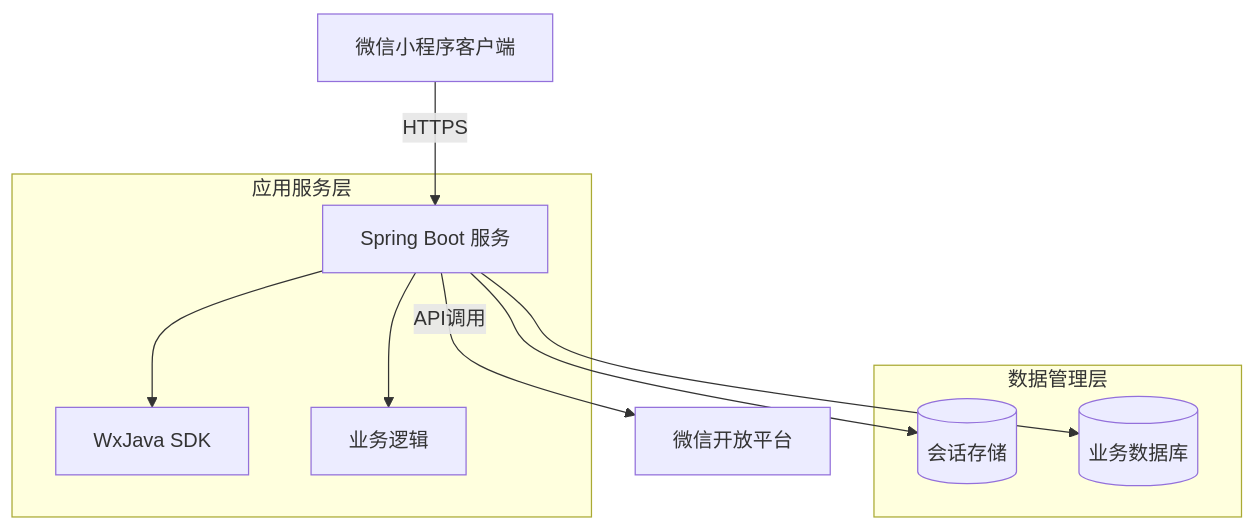
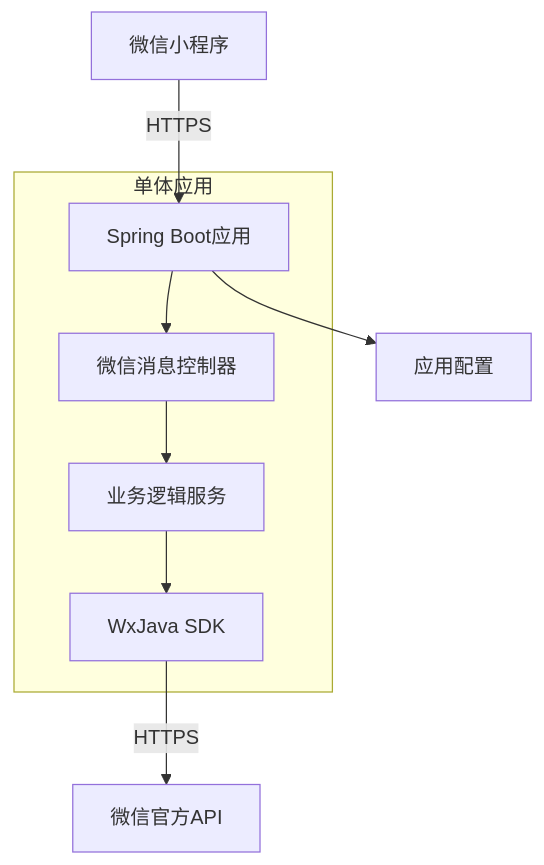
One commit to v-wjrong/binary_weixin-java-miniapp-demo changed the diagram in docs/zh/summary/system_architecture.md. Above: the diagram before and after it, drawn with Mermaid. The commit also changed other lines of this file and 50 other files, not shown here.

````diff
--- a/docs/zh/summary/system_architecture.md
+++ b/docs/zh/summary/system_architecture.md
@@ -89,15 +95,11 @@
 ```mermaid
 graph TD
-    A[微信小程序客户端] -- HTTPS --> B[Spring Boot 服务]
-    B -- API调用 --> C[微信开放平台]
-    
-    subgraph 应用服务层
-        B --> D[WxJava SDK]
-        B --> E[业务逻辑]
+    A[微信小程序] -- HTTPS --> B[Spring Boot应用]
+    subgraph 单体应用
+        B --> C[微信消息控制器]
+        C --> D[业务逻辑服务]
+        D --> E[WxJava SDK]
     end
-    
-    subgraph 数据管理层
-        B --> F[(会话存储)]
-        B --> G[(业务数据库)]
-    end
+    E -- HTTPS --> F[微信官方API]
+    B --> G[应用配置]
 ```
````
